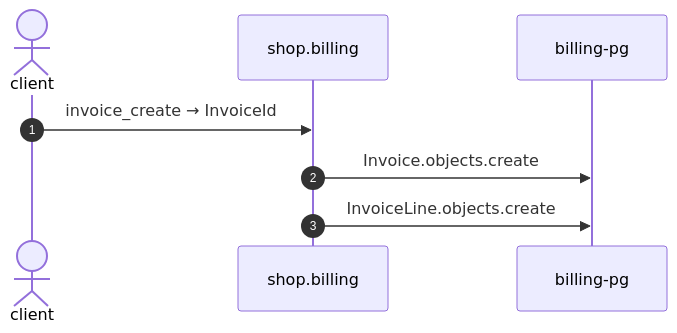
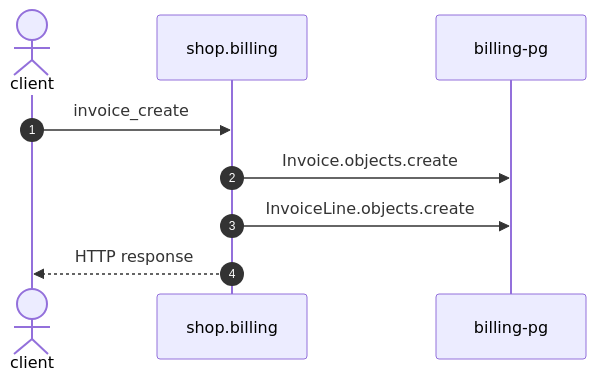
The diagram in docs/example/flows/billing-invoice-create.md (shortlink-org/portolan), drawn with Mermaid before and after one commit. The commit also changed other lines of this file and 191 other files, not shown here.

````diff
--- a/docs/example/flows/billing-invoice-create.md
+++ b/docs/example/flows/billing-invoice-create.md
@@ -21,10 +23,11 @@
 ```mermaid
 sequenceDiagram
     autonumber
     actor p0 as client
     participant p1 as shop.billing
     participant p2 as billing-pg
-    p0->>p1: invoice_create → InvoiceId
+    p0->>p1: invoice_create
     p1->>p2: Invoice.objects.create
     p1->>p2: InvoiceLine.objects.create
+    p1-->>p0: HTTP response
 ```
````
